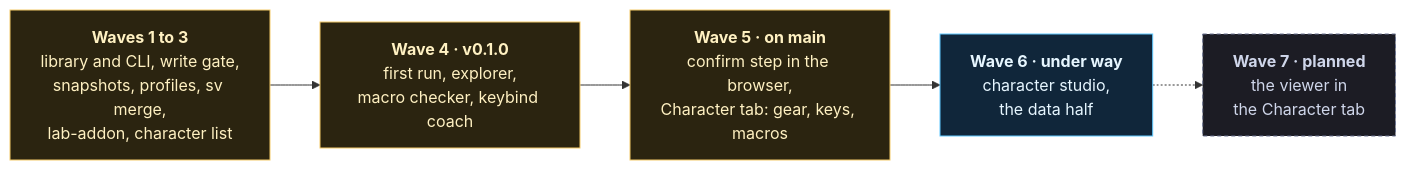
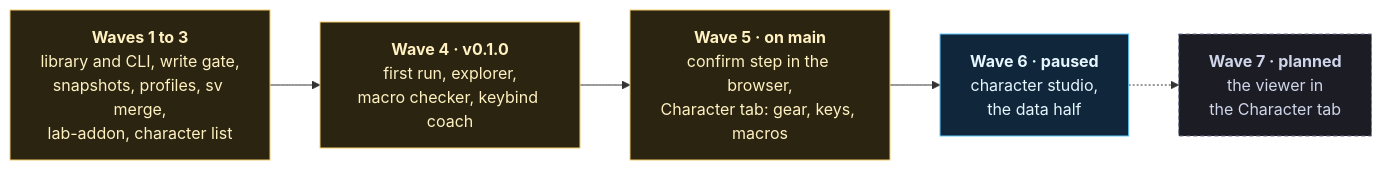
Before and after one commit to sandgraal/wowlab: the second of 2 diagrams in README.md, drawn with Mermaid. The commit also changed other lines of this file and 2 other files, not shown here.

Commit message:
fix(docs): undo docstring wording and Wave 6 paused in README (M16-08)
Claude-Session: https://claude.ai/code/session_01UY2buxvj4jS681WMtzLkPU

````diff
--- a/README.md
+++ b/README.md
@@ -213,12 +213,12 @@
 ```mermaid
 flowchart LR
     W1["<b>Waves 1 to 3</b><br/>library and CLI, write gate,<br/>snapshots, profiles, sv merge,<br/>lab-addon, character list"]:::done
     W4["<b>Wave 4 · v0.1.0</b><br/>first run, explorer,<br/>macro checker, keybind coach"]:::done
     W5["<b>Wave 5 · on main</b><br/>confirm step in the browser,<br/>Character tab: gear, keys, macros"]:::done
-    W6["<b>Wave 6 · under way</b><br/>character studio,<br/>the data half"]:::next
+    W6["<b>Wave 6 · paused</b><br/>character studio,<br/>the data half"]:::next
     W7["<b>Wave 7 · planned</b><br/>the viewer in<br/>the Character tab"]:::plan
     W1 --> W4 --> W5 --> W6 -.-> W7
     classDef done fill:#2b2410,stroke:#f3c969,color:#fff1c2
     classDef next fill:#10263a,stroke:#5ec8ff,color:#e6f6ff
     classDef plan fill:#1c1c24,stroke:#6b7390,color:#cfd6ea,stroke-dasharray:4 3
 ```
````
